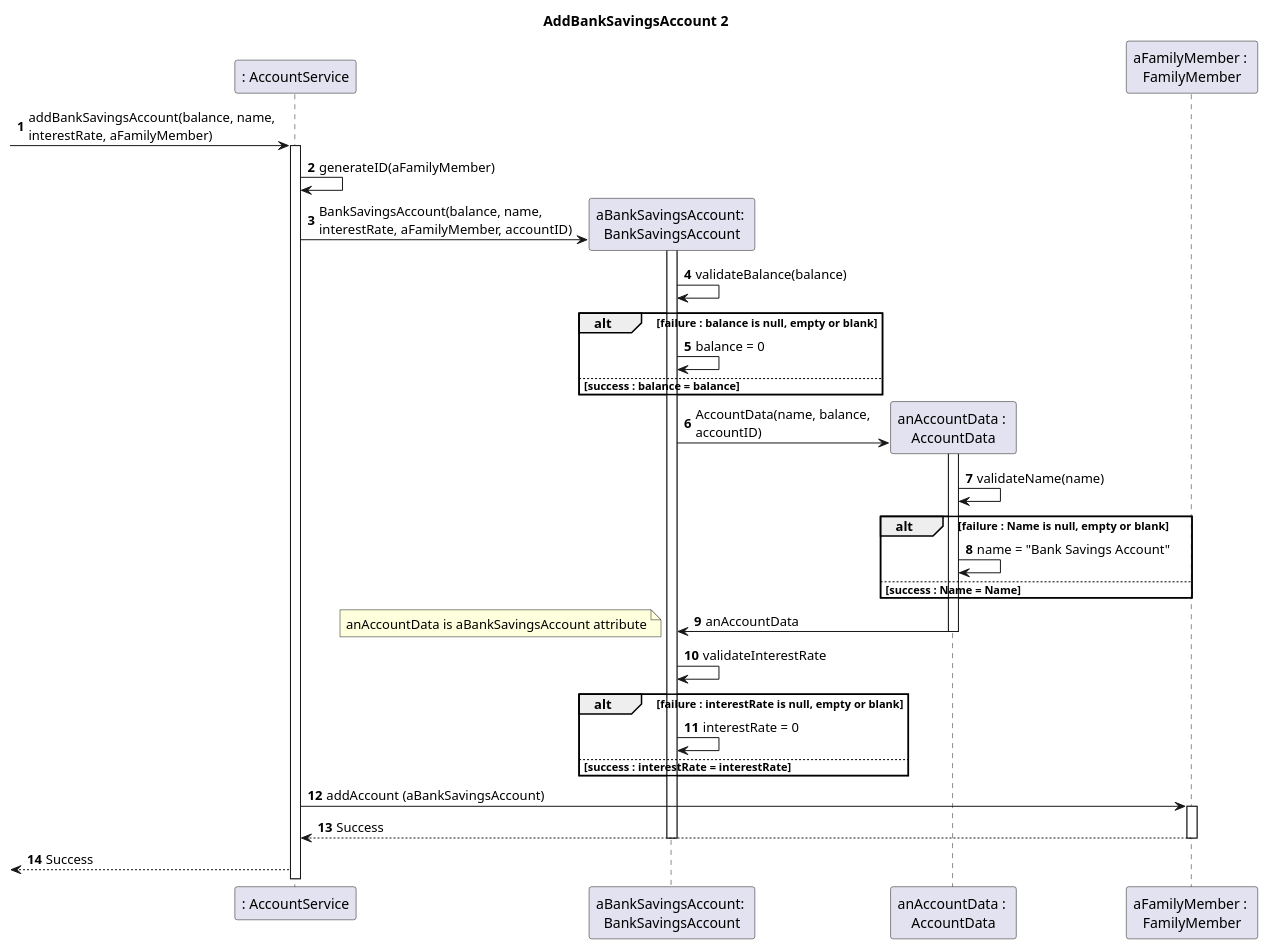
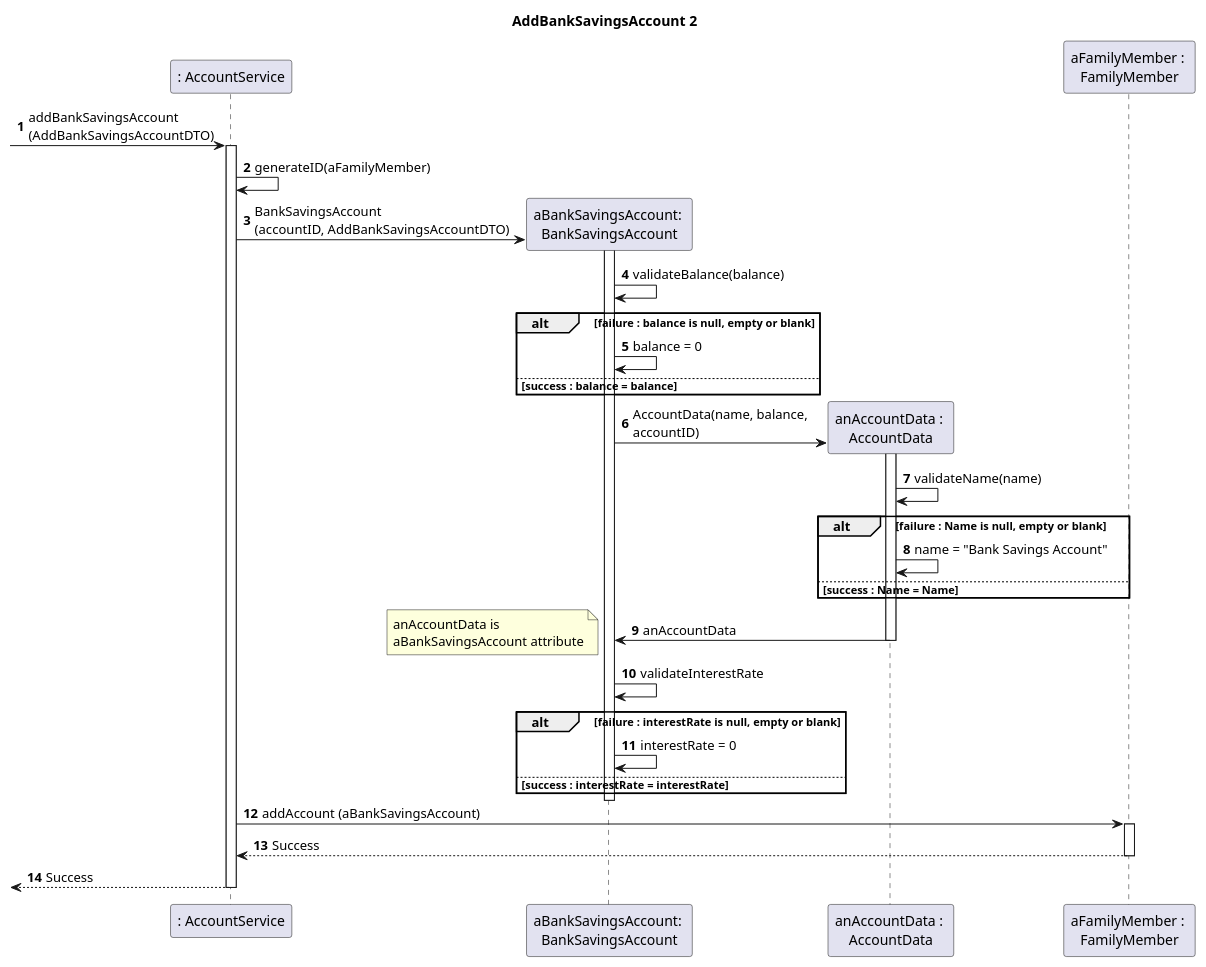
One commit to tomas-osswald/switch_2020_g3 changed the third of 4 diagrams in docs/sprint2/user_stories/US172_AddBankSavingsAccount.md. Above: the diagram before and after it, drawn with PlantUML. The commit also changed other lines of this file and 1 other file, not shown here.

Commit message:
Create AddBankSavingsAccountDTO. AddBankSavingsAccountController now accepts only a DTO.

`````diff
--- a/docs/sprint2/user_stories/US172_AddBankSavingsAccount.md
+++ b/docs/sprint2/user_stories/US172_AddBankSavingsAccount.md
@@ -145,48 +141,54 @@
 ````puml
 autonumber
 
 title AddBankSavingsAccount 2
 
 participant ": AccountService" as accountservice
 participant "aBankSavingsAccount: \nBankSavingsAccount" as account
 participant "anAccountData : \nAccountData" as data
 participant "aFamilyMember : \nFamilyMember" as FamilyMember
 
 
--> accountservice : addBankSavingsAccount(balance, name, \ninterestRate, aFamilyMember)
+-> accountservice : addBankSavingsAccount\n(AddBankSavingsAccountDTO)
 activate accountservice
 accountservice -> accountservice : generateID(aFamilyMember)
-accountservice -> account ** : BankSavingsAccount(balance, name, \ninterestRate, aFamilyMember, accountID)
+accountservice -> account ** : BankSavingsAccount\n(accountID, AddBankSavingsAccountDTO)
 activate account
 
 account -> account: validateBalance(balance)
+
 alt failure : balance is null, empty or blank
 account -> account : balance = 0
 else success : balance = balance
 end
 
 account -> data ** : AccountData(name, balance, \naccountID)
 activate data
 data -> data : validateName(name)
+
 alt failure : Name is null, empty or blank
 data -> data : name = "Bank Savings Account"
 else success : Name = Name
 end
 
 data -> account : anAccountData
 
 
-note left : anAccountData is aBankSavingsAccount attribute
+note left : anAccountData is \naBankSavingsAccount attribute
 deactivate data
 account -> account : validateInterestRate
+
 alt failure : interestRate is null, empty or blank
 account -> account : interestRate = 0
 else success : interestRate = interestRate
 end
+
+deactivate account
 accountservice -> FamilyMember : addAccount (aBankSavingsAccount)
 activate FamilyMember
 FamilyMember --> accountservice : Success
-deactivate account
 deactivate FamilyMember
+
 <-- accountservice : Success
+deactivate accountservice
 ````
`````
